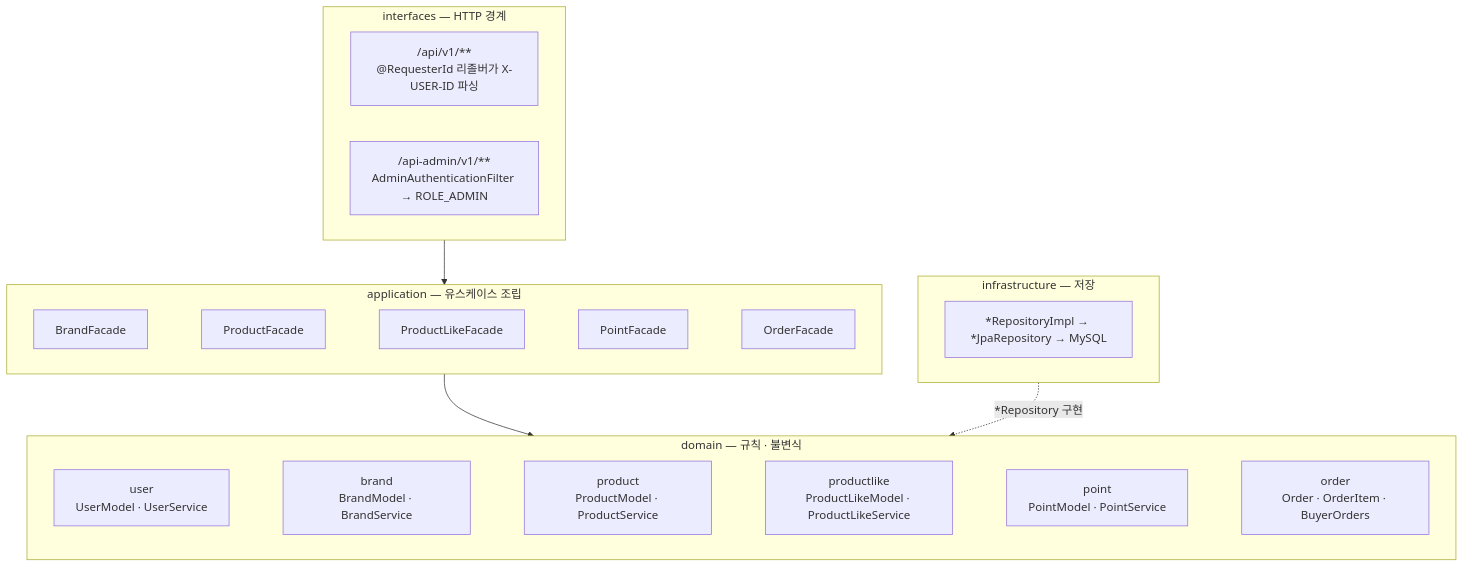
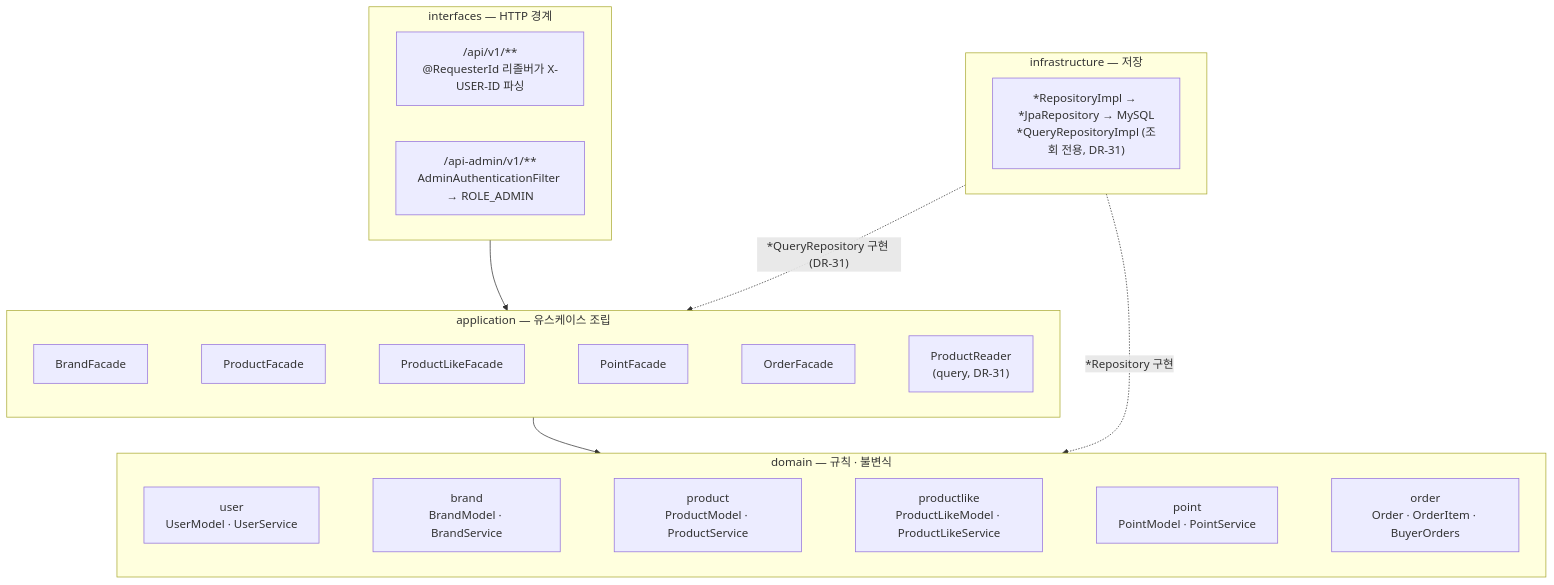
Before and after one commit to loopers-labs/loop-pack-be-l2-vol5-java: the second of 2 diagrams in docs/week2/design.md, drawn with Mermaid. The commit also changed other lines of this file and 14 other files, not shown here.

First line of the commit message:
refactor: move listProducts to ProductReader with query-only repository

````diff
--- a/docs/week2/design.md
+++ b/docs/week2/design.md
@@ -39,22 +39,23 @@
 ```mermaid
 flowchart TB
     subgraph IF["interfaces — HTTP 경계"]
         direction LR
         CU["/api/v1/**<br/>@RequesterId 리졸버가 X-USER-ID 파싱"]
         AD["/api-admin/v1/**<br/>AdminAuthenticationFilter → ROLE_ADMIN"]
     end
     subgraph AP["application — 유스케이스 조립"]
         direction LR
-        F1[BrandFacade] ~~~ F2[ProductFacade] ~~~ F3[ProductLikeFacade] ~~~ F4[PointFacade] ~~~ F5[OrderFacade]
+        F1[BrandFacade] ~~~ F2[ProductFacade] ~~~ F3[ProductLikeFacade] ~~~ F4[PointFacade] ~~~ F5[OrderFacade] ~~~ Q1["ProductReader<br/>(query, DR-31)"]
     end
     subgraph DO["domain — 규칙 · 불변식"]
         direction LR
         D1["user<br/>UserModel · UserService"] ~~~ D2["brand<br/>BrandModel · BrandService"] ~~~ D2b["product<br/>ProductModel · ProductService"] ~~~ D2c["productlike<br/>ProductLikeModel · ProductLikeService"] ~~~ D3["point<br/>PointModel · PointService"] ~~~ D4["order<br/>Order · OrderItem · BuyerOrders"]
     end
     subgraph IN["infrastructure — 저장"]
-        R["*RepositoryImpl → *JpaRepository → MySQL"]
+        R["*RepositoryImpl → *JpaRepository → MySQL<br/>*QueryRepositoryImpl (조회 전용, DR-31)"]
     end
 
     IF --> AP --> DO
     IN -.->|"*Repository 구현"| DO
+    IN -.->|"*QueryRepository 구현 (DR-31)"| AP
 ```
````
